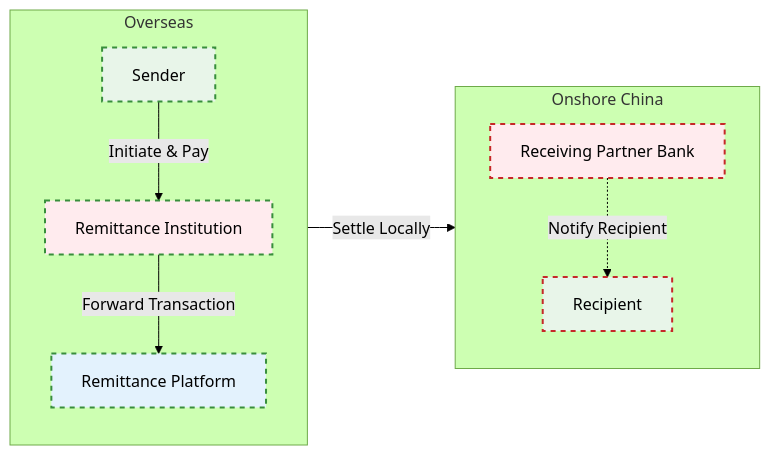
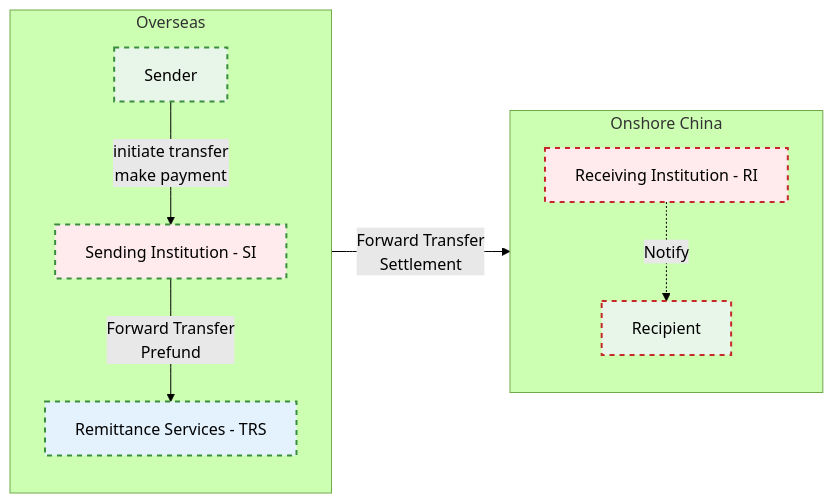
Before and after one commit to blaire101/data-warehouse-solutions: the diagram in README.md, drawn with Mermaid (forest theme). The commit also changed other lines of this file, not shown here.

````diff
--- a/README.md
+++ b/README.md
@@ -33,34 +32,34 @@
 ```mermaid
 flowchart LR
     %% Style definitions
     classDef user      fill:#E8F5E9,stroke:#388E3C,stroke-width:1px
     classDef product   fill:#FFEBEE,stroke:#C62828,stroke-width:1px
     classDef infra     fill:#E3F2FD,stroke:#1976D2,stroke-width:1px
     classDef overseas  stroke:#388E3C,stroke-dasharray:5 5,stroke-width:2px
     classDef domestic  stroke:#C62828,stroke-dasharray:5 5,stroke-width:2px
 
     %% Overseas section
     subgraph Overseas
         direction TB
         Sender["Sender"]:::user
-        SI["Remittance Institution"]:::product
-        Platform["Remittance Platform"]:::infra
+        SI["Sending Institution - SI"]:::product
+        TRS["Remittance Services - TRS"]:::infra
     end
 
     %% Onshore China section
     subgraph "Onshore China"
         direction TB
-        ReceiverBank["Receiving Partner Bank"]:::product
+        RI["Receiving Institution - RI"]:::product
         Recipient["Recipient"]:::user
     end
 
     %% Transaction flows
-    Sender -->|Initiate & Pay| SI
-    SI -->|Forward Transaction| Platform
-    Platform -->|Settle Locally| ReceiverBank
-    ReceiverBank -.->|Notify Recipient| Recipient
+    Sender -->|initiate transfer <br> make payment| SI
+    SI     -->|Forward Transfer <br> Prefund | TRS
+    TRS    -->|Forward Transfer <br> Settlement| RI
+    RI -.->| Notify| Recipient
 
     %% Apply region-specific outline styles
-    class Sender,SI,Platform overseas
-    class ReceiverBank,Recipient domestic
+    class Sender,SI,TRS overseas
+    class RI,Recipient domestic
 ```
````
